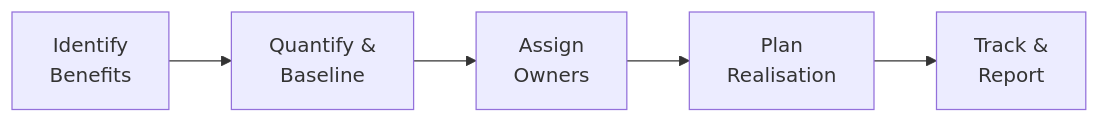
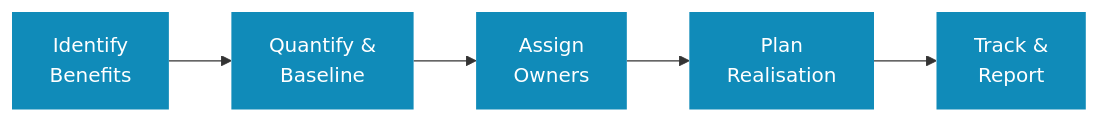
The diagram in _pages/projects/identify_benefits.md (kevinmcaleer/kevstemplates.com), drawn with Mermaid before and after one commit. The commit also changed 72 other files, not shown here.

```diff
--- a/_pages/projects/identify_benefits.md
+++ b/_pages/projects/identify_benefits.md
@@ -42,7 +42,10 @@
 <div class="mermaid">
 flowchart LR
     A[Identify<br/>Benefits] --> B[Quantify &<br/>Baseline]
     B --> C[Assign<br/>Owners]
     C --> D[Plan<br/>Realisation]
     D --> E[Track &<br/>Report]
+
+    classDef blue fill:#108BB9,stroke:none,color:#fff
+    class A,B,C,D,E blue
 </div>
```
